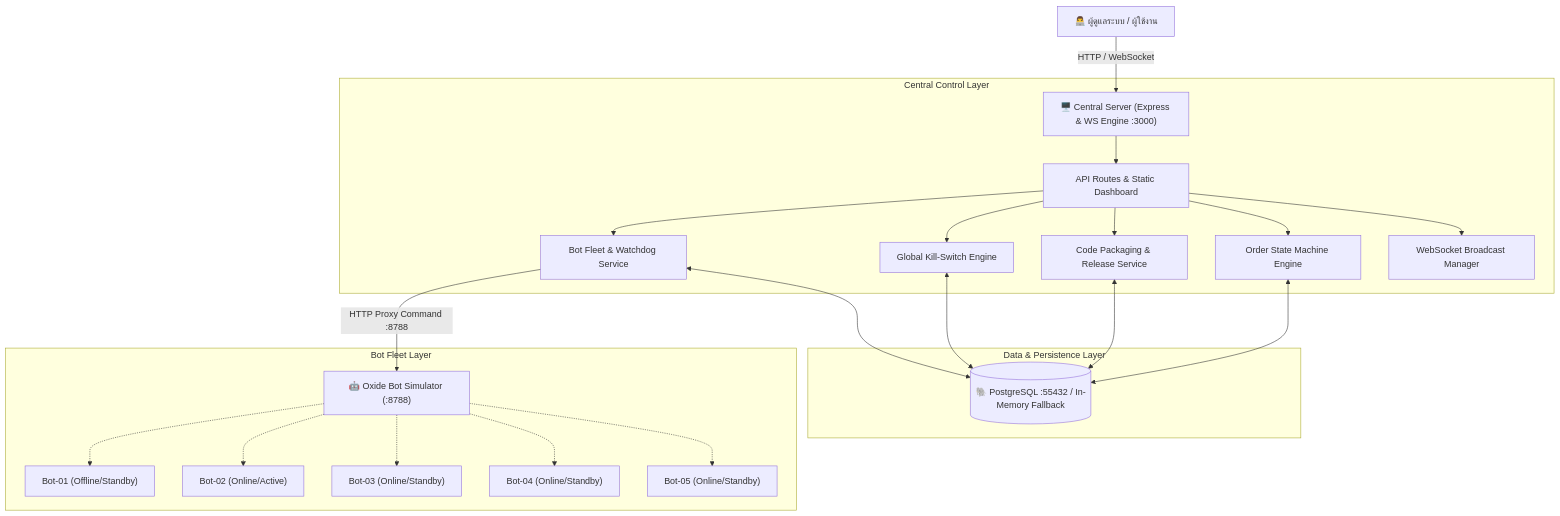
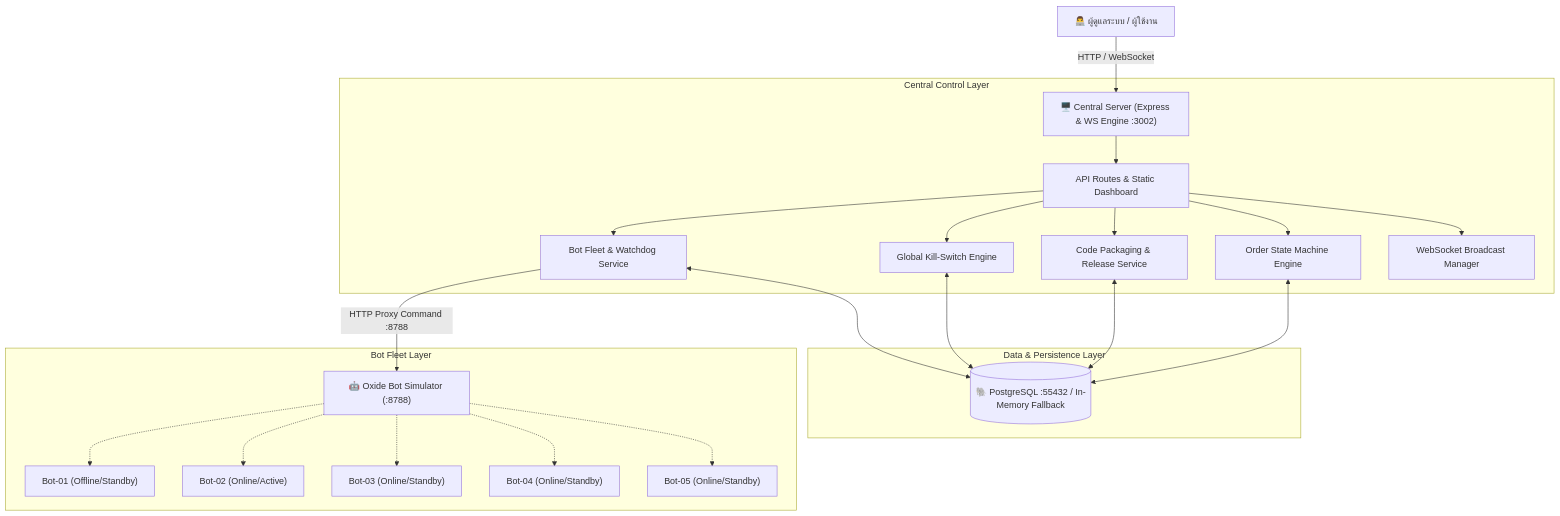
One commit to Sukkamit/oxide-bot-monitor changed the first of 2 diagrams in README.md. Above: the diagram before and after it, drawn with Mermaid. The commit also changed other lines of this file, not shown here.

````diff
--- a/README.md
+++ b/README.md
@@ -42,29 +42,29 @@
 ```mermaid
 graph TD
-    User["👨‍💻 ผู้ดูแลระบบ / ผู้ใช้งาน"] -->|HTTP / WebSocket| CentralServer["🖥️ Central Server (Express & WS Engine :3000)"]
+    User["👨‍💻 ผู้ดูแลระบบ / ผู้ใช้งาน"] -->|HTTP / WebSocket| CentralServer["🖥️ Central Server (Express & WS Engine :3002)"]
     
     subgraph Central Control Layer
         CentralServer --> Router["API Routes & Static Dashboard"]
         Router --> BotService["Bot Fleet & Watchdog Service"]
         Router --> KillSwitch["Global Kill-Switch Engine"]
         Router --> DeployService["Code Packaging & Release Service"]
         Router --> OrderService["Order State Machine Engine"]
         Router --> WsManager["WebSocket Broadcast Manager"]
     end
 
     subgraph Data & Persistence Layer
         BotService <--> Postgres[("🐘 PostgreSQL :55432 / In-Memory Fallback")]
         KillSwitch <--> Postgres
         DeployService <--> Postgres
         OrderService <--> Postgres
     end
 
     subgraph Bot Fleet Layer
         BotService -->|HTTP Proxy Command :8788| Simulator["🤖 Oxide Bot Simulator (:8788)"]
         Simulator -.-> Bot1["Bot-01 (Offline/Standby)"]
         Simulator -.-> Bot2["Bot-02 (Online/Active)"]
         Simulator -.-> Bot3["Bot-03 (Online/Standby)"]
         Simulator -.-> Bot4["Bot-04 (Online/Standby)"]
         Simulator -.-> Bot5["Bot-05 (Online/Standby)"]
     end
 ```
````
